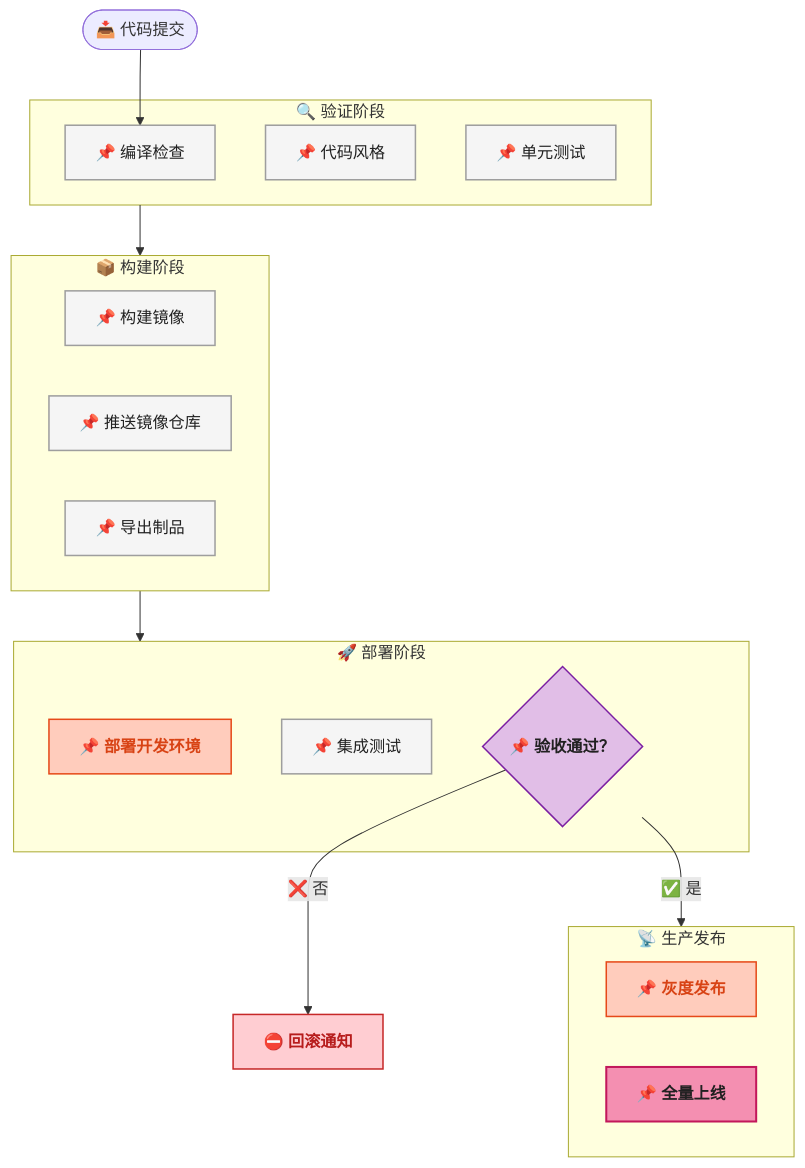
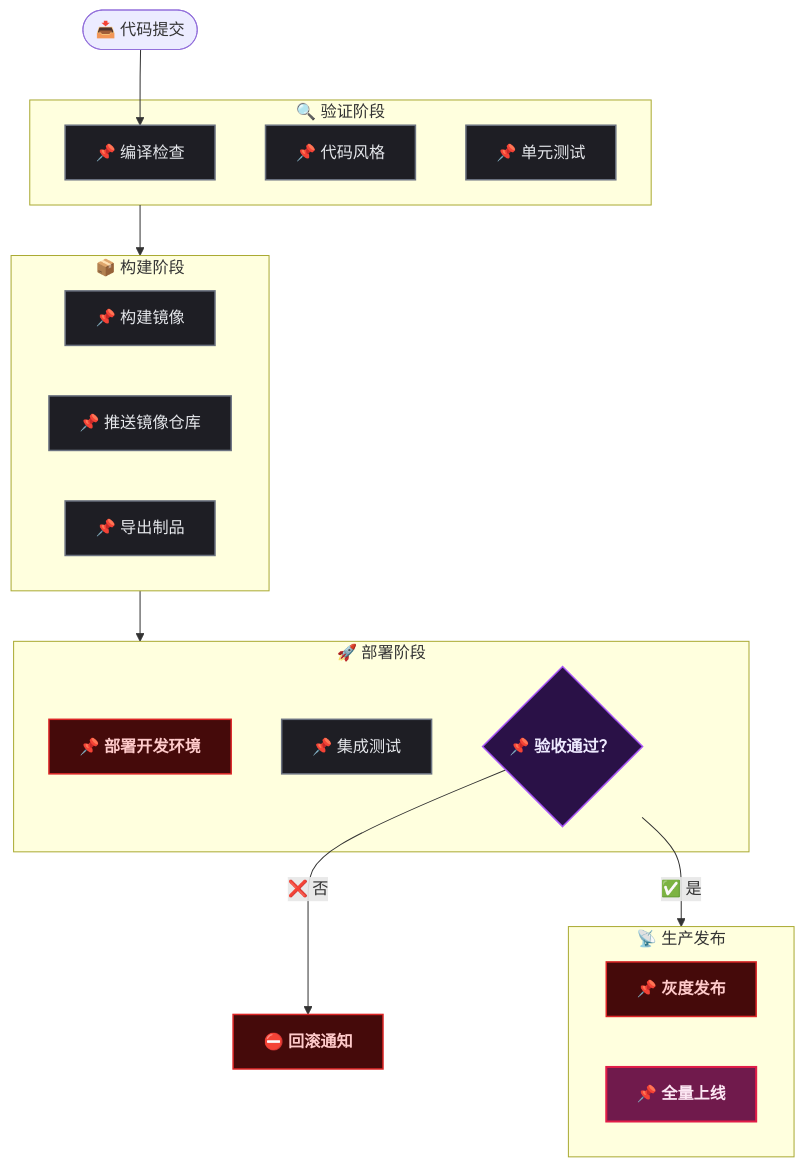
One commit to yaocat55/yaocat55.github.io changed the first of 4 diagrams in content/posts/cicd/DevPlatformMicroserviceCollaboration.md. Above: the diagram before and after it, drawn with Mermaid. The commit also changed other lines of this file and 155 other files, not shown here.

````diff
--- a/content/posts/cicd/DevPlatformMicroserviceCollaboration.md
+++ b/content/posts/cicd/DevPlatformMicroserviceCollaboration.md
@@ -55,33 +55,33 @@
 ```mermaid
 flowchart TD
     S([📥 代码提交]) --> A1
     subgraph Stage1["🔍 验证阶段"]
         A1[📌 编译检查]:::process
         A2[📌 代码风格]:::process
         A3[📌 单元测试]:::process
     end
     Stage1 --> Stage2
     subgraph Stage2["📦 构建阶段"]
         B1[📌 构建镜像]:::process
         B2[📌 推送镜像仓库]:::process
         B3[📌 导出制品]:::process
     end
     Stage2 --> Stage3
     subgraph Stage3["🚀 部署阶段"]
         C1[📌 部署开发环境]:::highlight
         C2[📌 集成测试]:::process
         C3{📌 验收通过？}:::condition
     end
     C3 -->|✅ 是| Stage4
     C3 -->|❌ 否| Rollback[⛔ 回滚通知]:::reject
     subgraph Stage4["📡 生产发布"]
         D1[📌 灰度发布]:::highlight
         D2[📌 全量上线]:::startEnd
     end
 
-    classDef startEnd fill:#F48FB1,stroke:#C2185B,stroke-width:2px,color:#212121,font-weight:bold
-    classDef condition fill:#E1BEE7,stroke:#7B1FA2,stroke-width:1.5px,color:#212121,font-weight:bold
-    classDef process fill:#F5F5F5,stroke:#9E9E9E,stroke-width:1.5px,color:#212121
-    classDef reject fill:#FFCDD2,stroke:#C62828,stroke-width:1.5px,color:#B71C1C,font-weight:bold
-    classDef highlight fill:#FFCCBC,stroke:#E64A19,stroke-width:1.5px,color:#D84315,font-weight:bold
+classDef startEnd fill:#701a4c,stroke:#e11d48,stroke-width:2px,color:#fce7f3,font-weight:bold;
+classDef condition fill:#2a1147,stroke:#a855f7,stroke-width:1.5px,color:#ede9fe,font-weight:bold;
+classDef process fill:#1e1e24,stroke:#6b7280,stroke-width:1.5px,color:#e5e7eb;
+classDef reject fill:#450a0a,stroke:#dc2626,stroke-width:1.5px,color:#fecaca,font-weight:bold;
+classDef highlight fill:#450a0a,stroke:#dc2626,stroke-width:1.5px,color:#fecaca,font-weight:bold;
 ```
````
